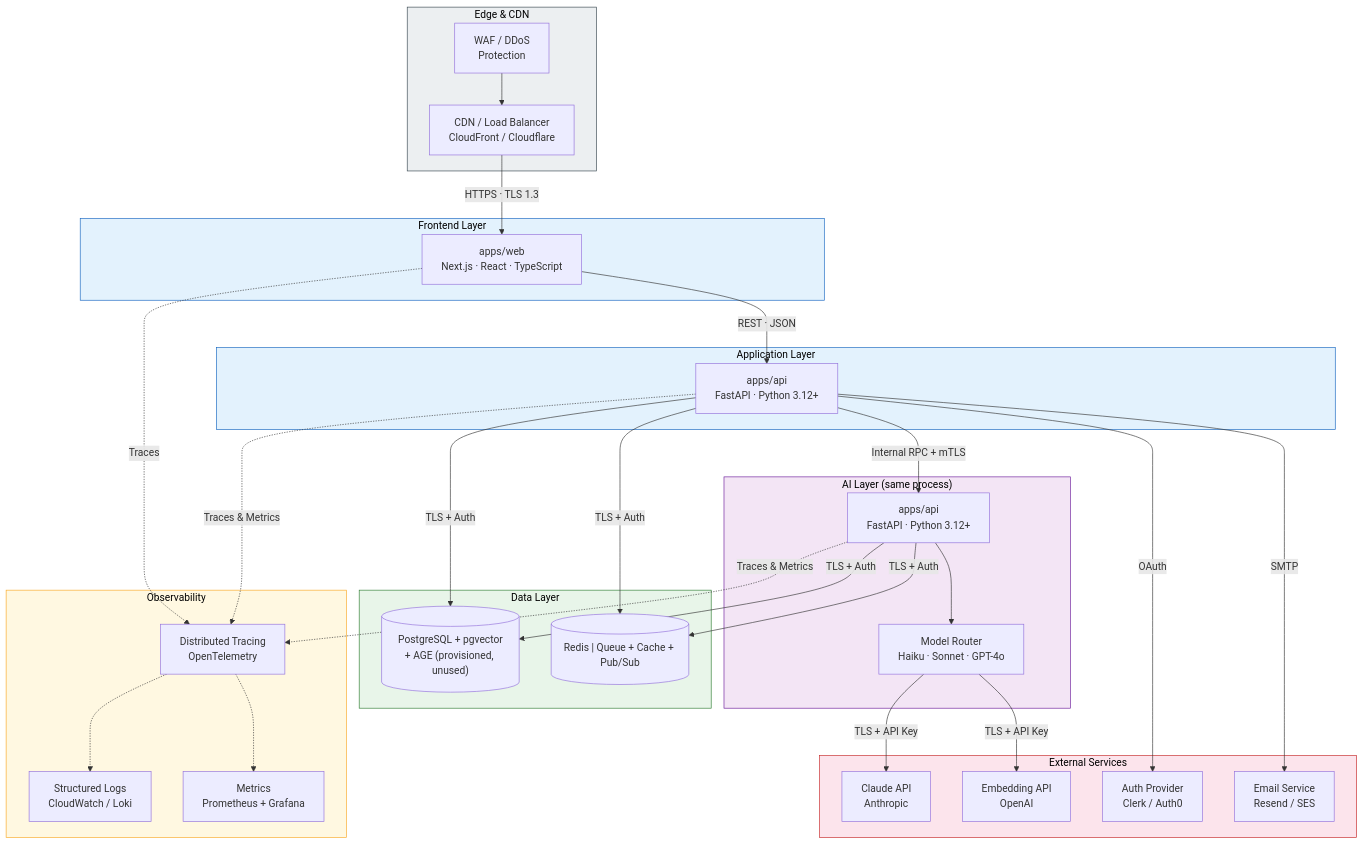
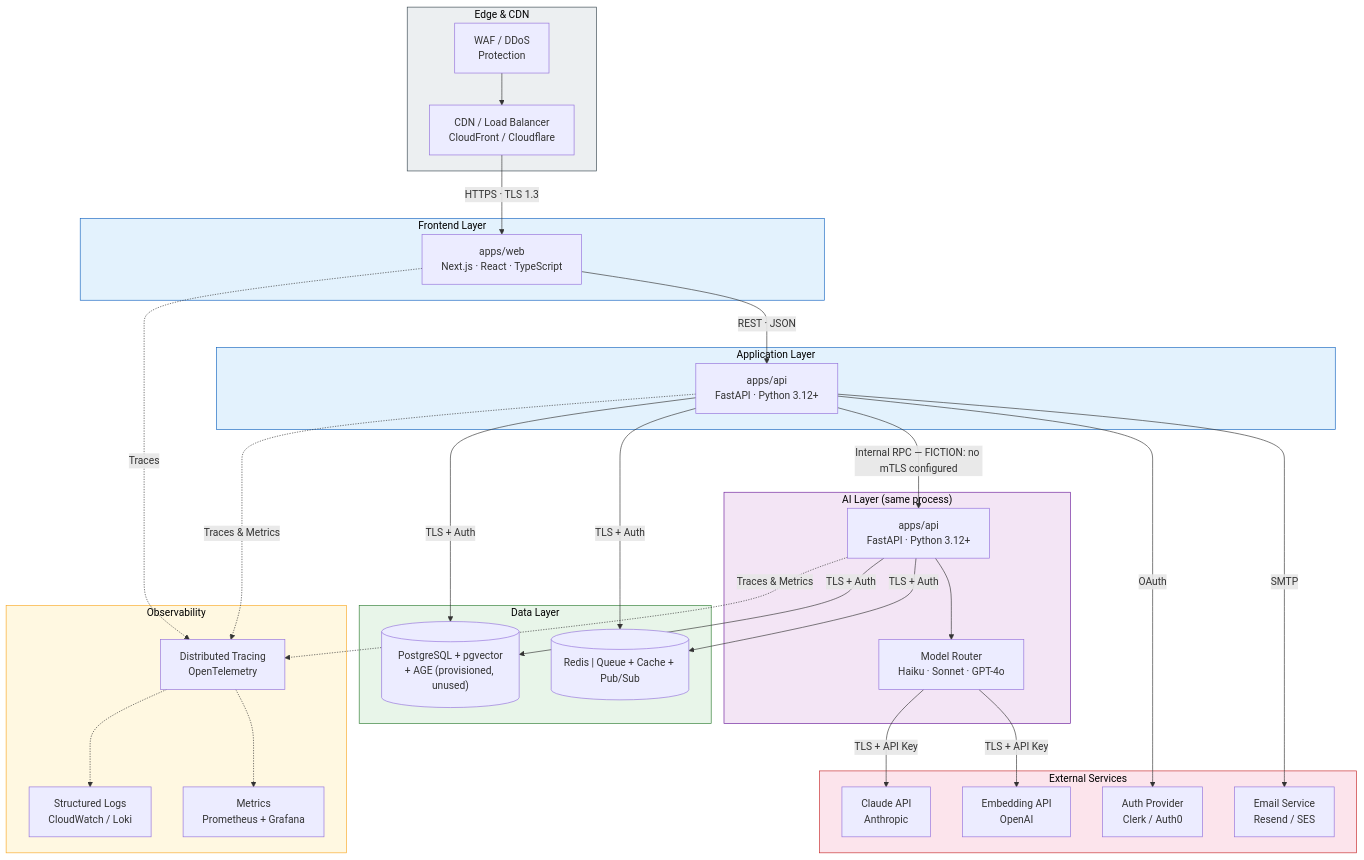
Before and after one commit to Driftloom/Vaeloom: the second of 4 diagrams in docs/architecture/System-Design.md, drawn with Mermaid. The commit also changed other lines of this file and 91 other files, not shown here.

````diff
--- a/docs/architecture/System-Design.md
+++ b/docs/architecture/System-Design.md
@@ -150,81 +150,81 @@
 ```mermaid
 graph TB
     subgraph Edge["Edge & CDN"]
         LB["CDN / Load Balancer<br/>CloudFront / Cloudflare"]
         WAF["WAF / DDoS<br/>Protection"]
     end
 
     subgraph Frontend["Frontend Layer"]
         Web["apps/web<br/>Next.js · React · TypeScript"]
     end
 
     subgraph API_Layer["Application Layer"]
         API["apps/api<br/>FastAPI · Python 3.12+"]
     end
 
     subgraph AI_Layer["AI Layer (same process)"]
         AISvc["apps/api<br/>FastAPI · Python 3.12+"]
         Router["Model Router<br/>Haiku · Sonnet · GPT-4o"]
     end
 
     subgraph Data["Data Layer"]
         PG[("PostgreSQL + pgvector<br/>+ AGE (provisioned, unused)")]
         Redis[("Redis | Queue + Cache + Pub/Sub")]
     end
 
     subgraph Observability["Observability"]
         Logs["Structured Logs<br/>CloudWatch / Loki"]
         Metrics["Metrics<br/>Prometheus + Grafana"]
         Tracing["Distributed Tracing<br/>OpenTelemetry"]
     end
 
     subgraph External["External Services"]
         Claude["Claude API<br/>Anthropic"]
         Embed["Embedding API<br/>OpenAI"]
         SSO["Auth Provider<br/>Clerk / Auth0"]
         Email["Email Service<br/>Resend / SES"]
     end
 
     %% Edge to Frontend
     WAF --> LB
     LB -->|HTTPS · TLS 1.3| Web
 
     %% Frontend to API
     Web -->|REST · JSON| API
 
     %% API to AI
-    API -->|Internal RPC + mTLS| AISvc
+    API -->|Internal RPC — FICTION: no mTLS configured| AISvc
 
     %% API to Data
     API -->|TLS + Auth| PG
     API -->|TLS + Auth| Redis
 
     %% AI to Data
     AISvc -->|TLS + Auth| PG
     AISvc -->|TLS + Auth| Redis
 
     %% AI to External
     AISvc --> Router
     Router -->|TLS + API Key| Claude
     Router -->|TLS + API Key| Embed
 
     %% API to External
     API -->|OAuth| SSO
     API -->|SMTP| Email
 
     %% Observability
     Web -.->|Traces| Tracing
     API -.->|Traces & Metrics| Tracing
     AISvc -.->|Traces & Metrics| Tracing
     Tracing -.-> Logs
     Tracing -.-> Metrics
 
     %% Styling
     style Edge fill:#eceff1,stroke:#37474f,color:#000
     style Frontend fill:#e3f2fd,stroke:#1565c0,color:#000
     style API_Layer fill:#e3f2fd,stroke:#1565c0,color:#000
     style AI_Layer fill:#f3e5f5,stroke:#6a1b9a,color:#000
     style Data fill:#e8f5e9,stroke:#2e7d32,color:#000
     style Observability fill:#fff8e1,stroke:#f9a825,color:#000
     style External fill:#fce4ec,stroke:#c62828,color:#000
 ```
````
